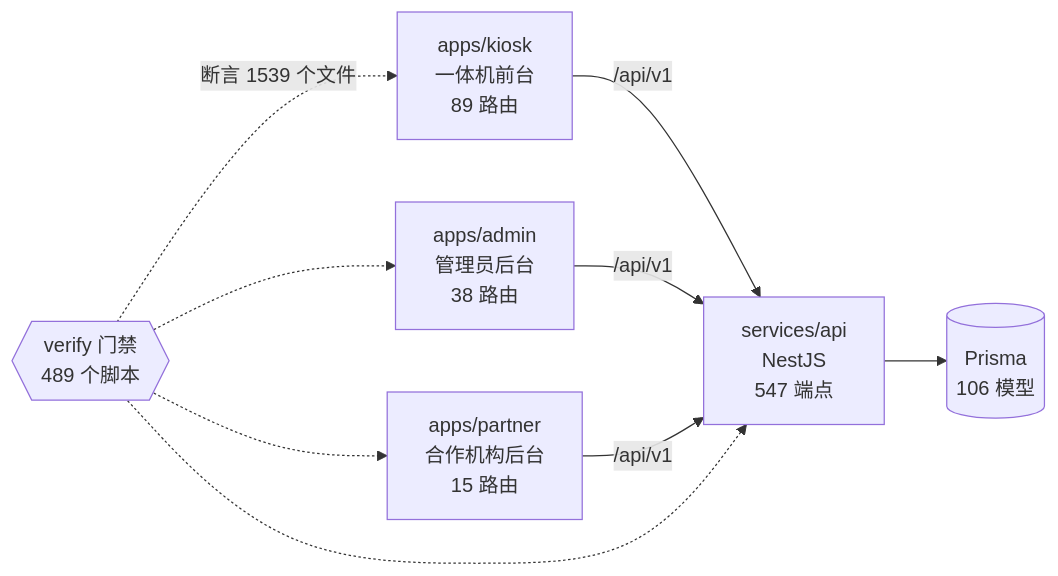
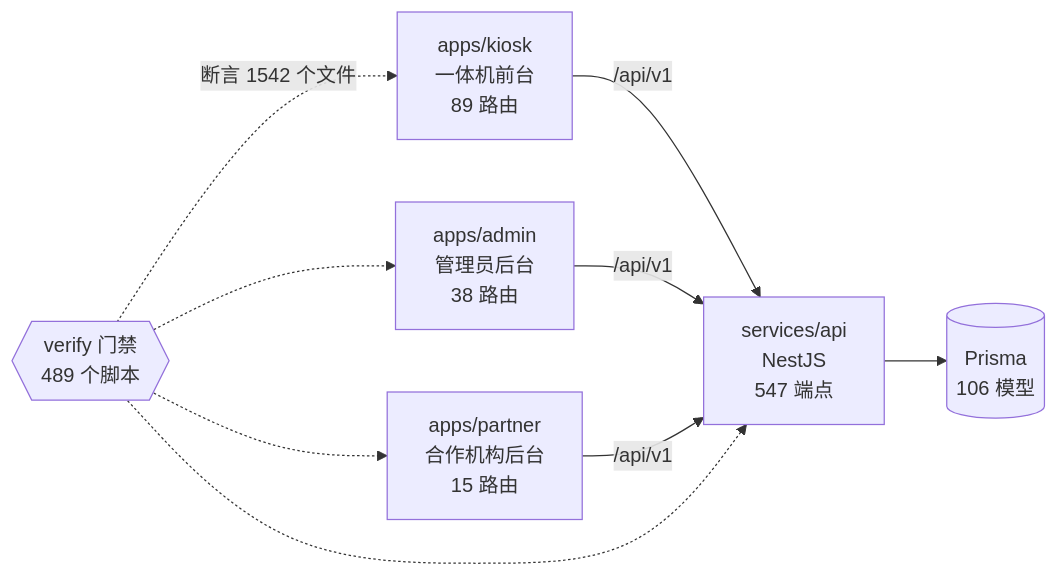
One commit to wanglei581/YITIJI changed the diagram in docs/graph/README.md. Above: the diagram before and after it, drawn with Mermaid. The commit also changed other lines of this file and 2 other files, not shown here.

Commit message:
docs(graph): refresh after the four-party review docs

````diff
--- a/docs/graph/README.md
+++ b/docs/graph/README.md
@@ -68,18 +68,18 @@
 ```mermaid
 flowchart LR
   kiosk["apps/kiosk<br/>一体机前台<br/>89 路由"]
   admin["apps/admin<br/>管理员后台<br/>38 路由"]
   partner["apps/partner<br/>合作机构后台<br/>15 路由"]
   api["services/api<br/>NestJS<br/>547 端点"]
   db[("Prisma<br/>106 模型")]
   gates{{"verify 门禁<br/>489 个脚本"}}
 
   kiosk -->|"/api/v1"| api
   admin -->|"/api/v1"| api
   partner -->|"/api/v1"| api
   api --> db
-  gates -.->|"断言 1539 个文件"| kiosk
+  gates -.->|"断言 1542 个文件"| kiosk
   gates -.-> admin
   gates -.-> partner
   gates -.-> api
 ```
````
